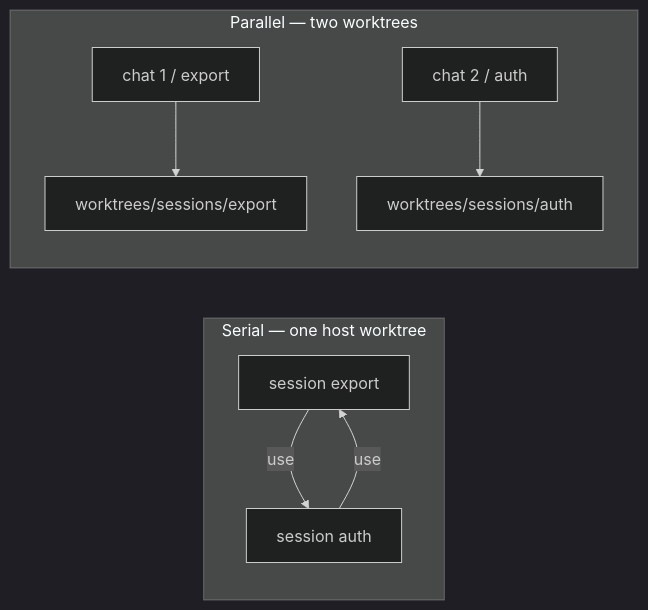
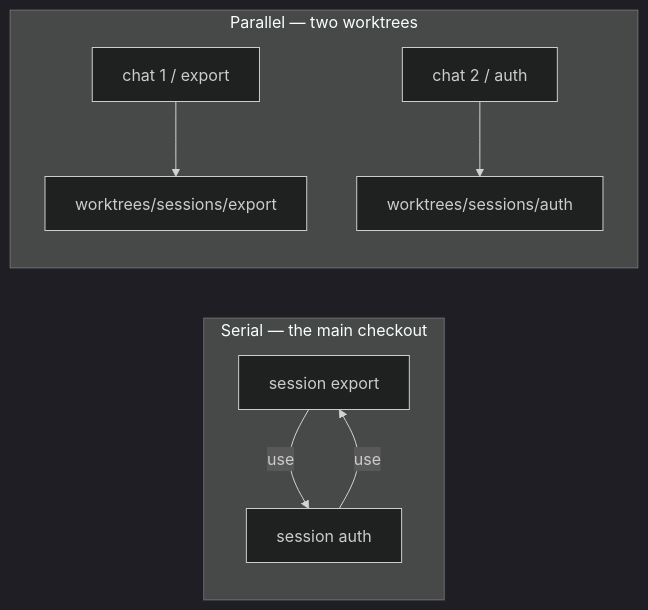
Before and after one commit to iha2/superlite: the first of 3 diagrams in docs/sessions.md, drawn with Mermaid (dark theme). The commit also changed other lines of this file and 243 other files, not shown here.

````diff
--- a/docs/sessions.md
+++ b/docs/sessions.md
@@ -18,11 +18,11 @@
 ```mermaid
 flowchart LR
-  subgraph serial["Serial — one host worktree"]
+  subgraph serial["Serial — the main checkout"]
     A[session export] -->|use| B[session auth]
     B -->|use| A
   end
   subgraph parallel["Parallel — two worktrees"]
     C[chat 1 / export] --> W1[worktrees/sessions/export]
     D[chat 2 / auth] --> W2[worktrees/sessions/auth]
   end
 ```
````
